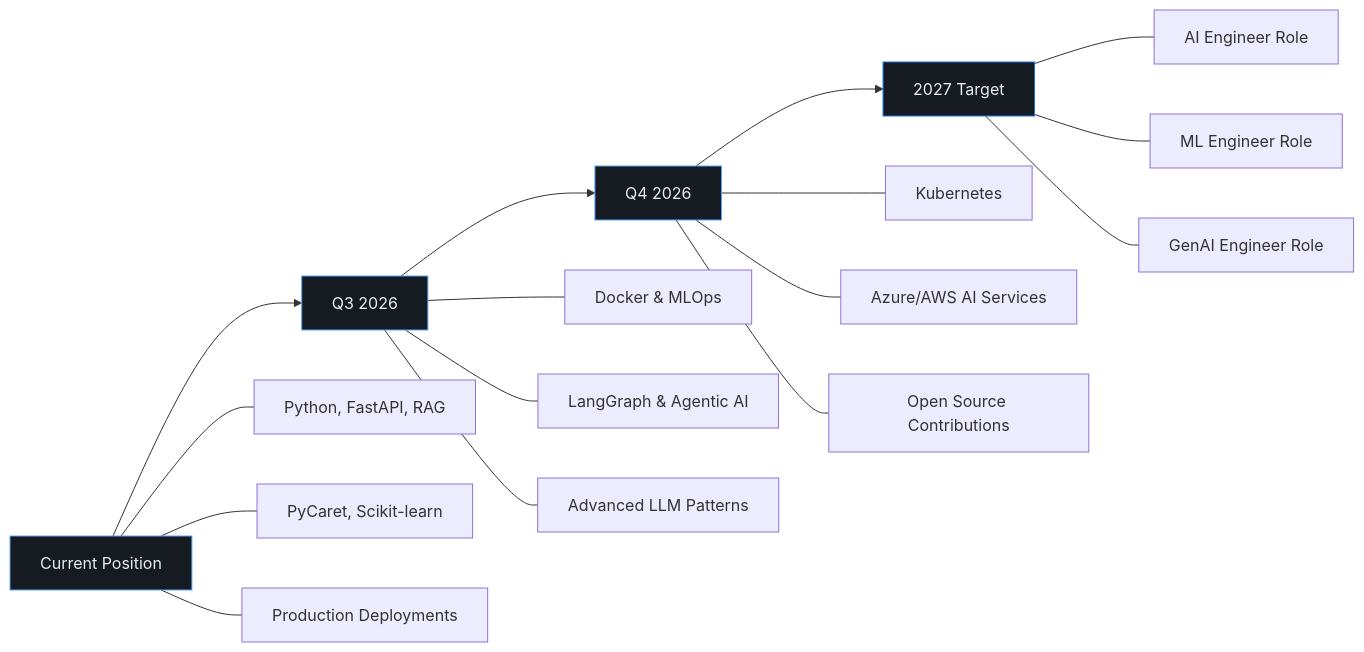
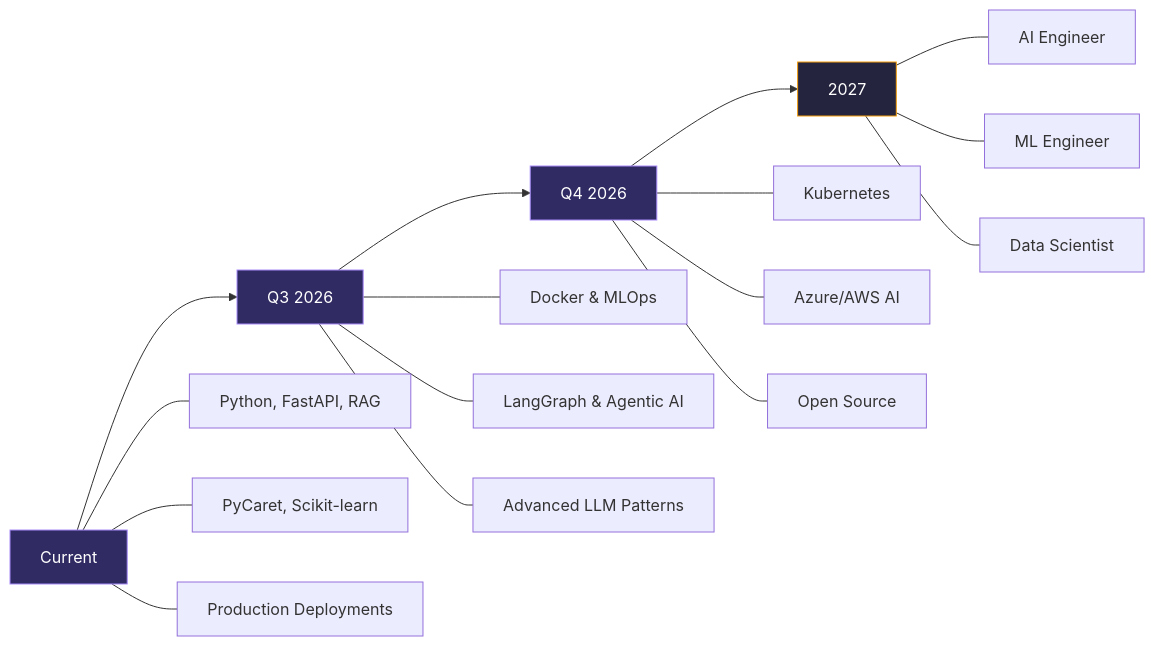
Before and after one commit to Ravivarman15/Ravivarman15: the diagram in README.md, drawn with Mermaid. The commit also changed other lines of this file, not shown here.

````diff
--- a/README.md
+++ b/README.md
@@ -468,27 +564,27 @@
 ```mermaid
 graph LR
-    A["Current Position"] --> B["Q3 2026"]
+    A["Current"] --> B["Q3 2026"]
     B --> C["Q4 2026"]
-    C --> D["2027 Target"]
+    C --> D["2027"]
 
     A --- A1["Python, FastAPI, RAG"]
     A --- A2["PyCaret, Scikit-learn"]
     A --- A3["Production Deployments"]
 
     B --- B1["Docker & MLOps"]
     B --- B2["LangGraph & Agentic AI"]
     B --- B3["Advanced LLM Patterns"]
 
     C --- C1["Kubernetes"]
-    C --- C2["Azure/AWS AI Services"]
-    C --- C3["Open Source Contributions"]
+    C --- C2["Azure/AWS AI"]
+    C --- C3["Open Source"]
 
-    D --- D1["AI Engineer Role"]
-    D --- D2["ML Engineer Role"]
-    D --- D3["GenAI Engineer Role"]
+    D --- D1["AI Engineer"]
+    D --- D2["ML Engineer"]
+    D --- D3["Data Scientist"]
 
-    style A fill:#161b22,stroke:#58a6ff,color:#e6edf3
-    style B fill:#161b22,stroke:#58a6ff,color:#e6edf3
-    style C fill:#161b22,stroke:#58a6ff,color:#e6edf3
-    style D fill:#161b22,stroke:#1f6feb,color:#e6edf3
+    style A fill:#302b63,stroke:#a78bfa,color:#fff
+    style B fill:#302b63,stroke:#a78bfa,color:#fff
+    style C fill:#302b63,stroke:#a78bfa,color:#fff
+    style D fill:#24243e,stroke:#f59e0b,color:#fff
 ```
````
